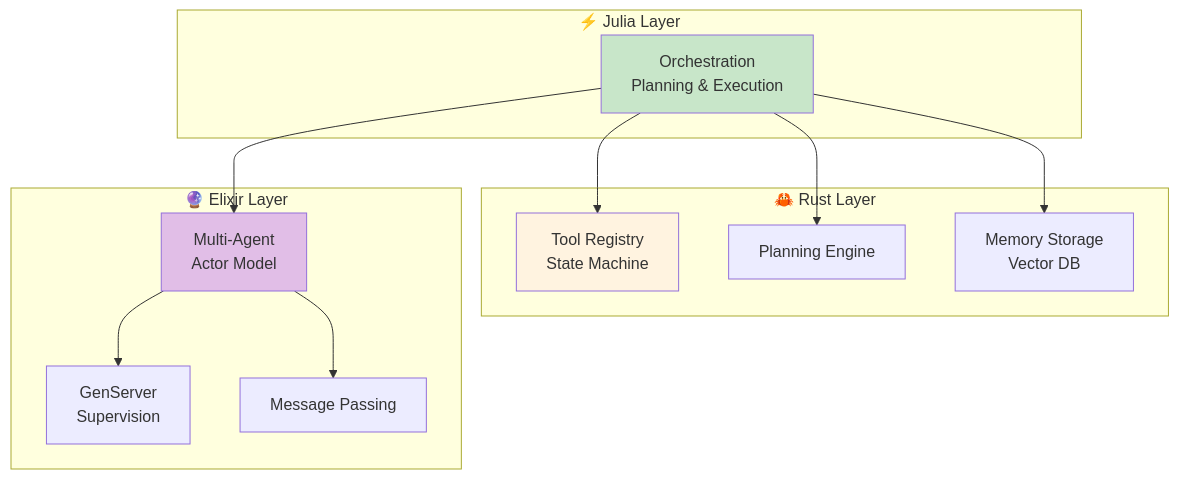
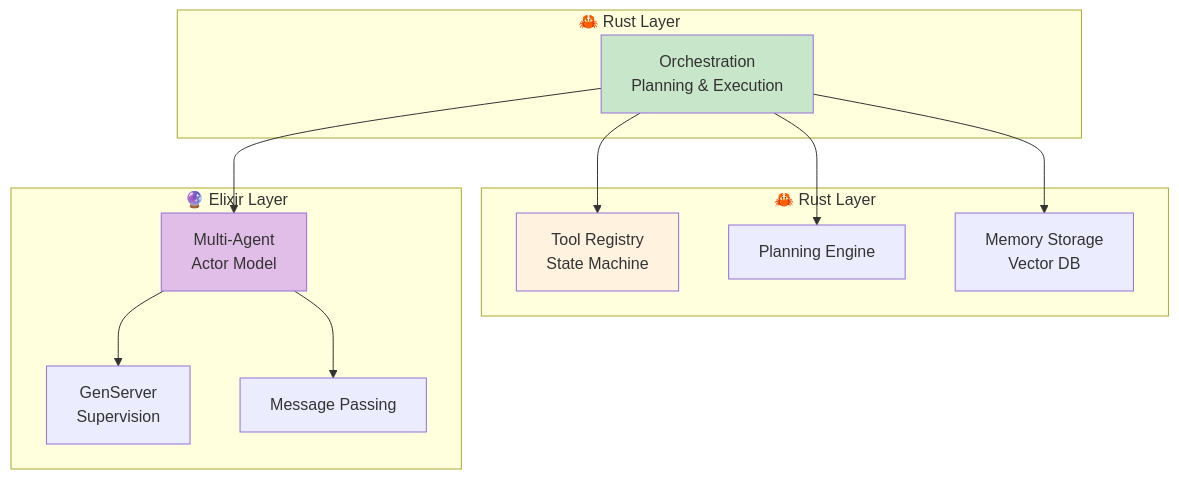
Before and after one commit to fumishiki/zenn: diagram 12 of 12 in articles/ml-lecture-30-part1.md, drawn with Mermaid. The commit also changed other lines of this file and 97 other files, not shown here.

````diff
--- a/articles/ml-lecture-30-part1.md
+++ b/articles/ml-lecture-30-part1.md
@@ -1457,29 +1464,29 @@
 ```mermaid
 graph TD
-    subgraph "⚡ Julia Layer"
+    subgraph "🦀 Rust Layer"
         A["Orchestration<br/>Planning & Execution"]
     end
 
     subgraph "🦀 Rust Layer"
         B["Tool Registry<br/>State Machine"]
         C["Planning Engine"]
         D["Memory Storage<br/>Vector DB"]
     end
 
     subgraph "🔮 Elixir Layer"
         E["Multi-Agent<br/>Actor Model"]
         F["GenServer<br/>Supervision"]
         G["Message Passing"]
     end
 
     A --> B
     A --> C
     A --> D
     A --> E
     E --> F
     E --> G
 
     style A fill:#c8e6c9
     style B fill:#fff3e0
     style E fill:#e1bee7
 ```
````
